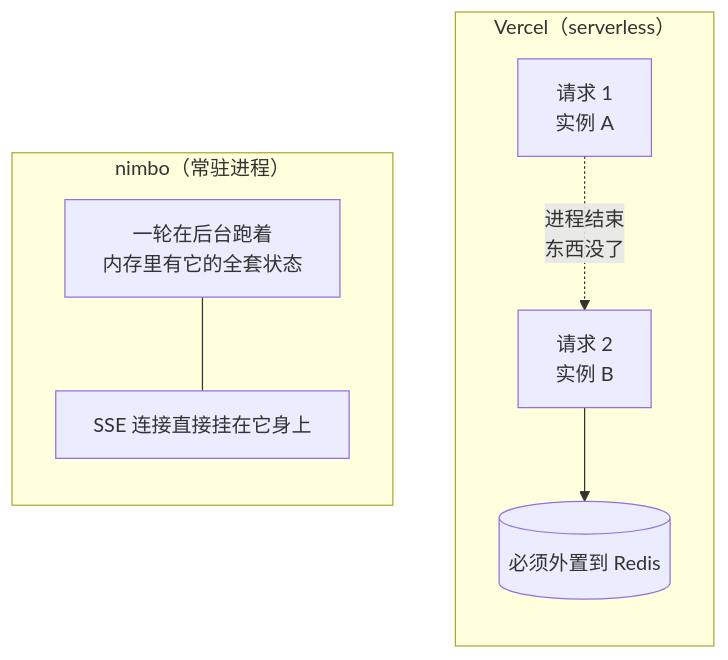
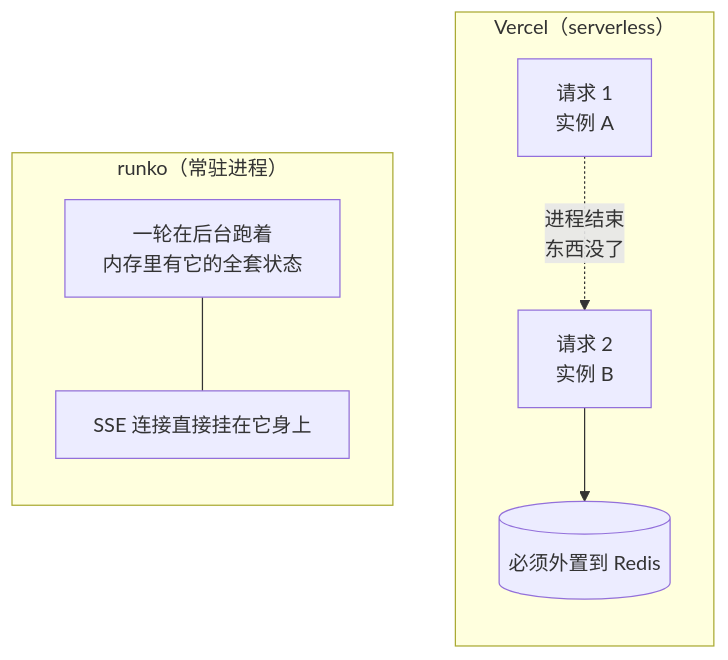
One commit to ludafa/runko changed the sixth of 15 diagrams in docs/logic/orchestration/tech/in-flight-draft.md. Above: the diagram before and after it, drawn with Mermaid. The commit also changed other lines of this file and 450 other files, not shown here.

First line of the commit message:
refactor: 全仓库改名 nimbo → runko，库表名改用 agent_ 前缀

````diff
--- a/docs/logic/orchestration/tech/in-flight-draft.md
+++ b/docs/logic/orchestration/tech/in-flight-draft.md
@@ -138,14 +138,14 @@
 ```mermaid
 flowchart TB
     subgraph vercel["Vercel（serverless）"]
         direction TB
         V1["请求 1<br/>实例 A"] -.->|"进程结束<br/>东西没了"| V2["请求 2<br/>实例 B"]
         V2 --> VR[("必须外置到 Redis")]
     end
-    subgraph nimbo["nimbo（常驻进程）"]
+    subgraph runko["runko（常驻进程）"]
         direction TB
         N1["一轮在后台跑着<br/>内存里有它的全套状态"]
         N2["SSE 连接直接挂在它身上"]
         N1 --- N2
     end
 ```
````
